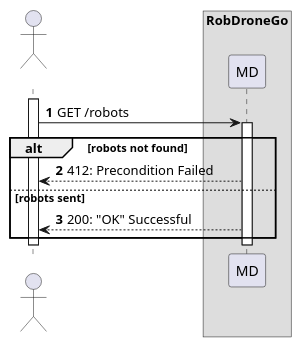
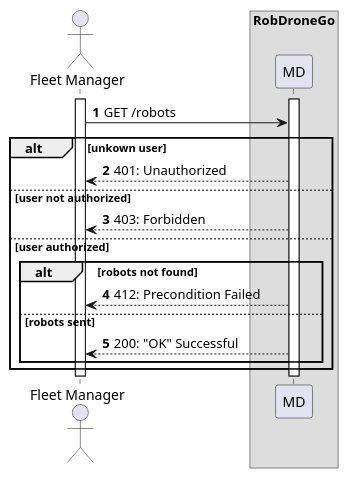
One commit to Departamento-de-Engenharia-Informatica/lapr5-23-24-g19 changed the diagram in docs/us380/level2/process-view.puml. Above: the diagram before and after it, drawn with PlantUML. The commit also changed 16 other files, not shown here.

```diff
--- a/docs/us380/level2/process-view.puml
+++ b/docs/us380/level2/process-view.puml
@@ -1,21 +1,29 @@
 @startuml
 autonumber
 
-actor " " as actor
+actor "Fleet Manager" as actor
 box "RobDroneGo"
 participant "MD" as mdr
 
 activate actor
+activate mdr
 
     actor -> mdr: GET /robots
+    alt unkown user
+            mdr --> actor : 401: Unauthorized
+        else user not authorized
+            mdr --> actor : 403: Forbidden
+        else user authorized
 
-    activate mdr
+
     alt robots not found
         actor <-- mdr : 412: Precondition Failed
     else robots sent
         actor <--mdr : 200: "OK" Successful
     end
 
+    end
+
 deactivate mdr
 deactivate actor
 @enduml
```
